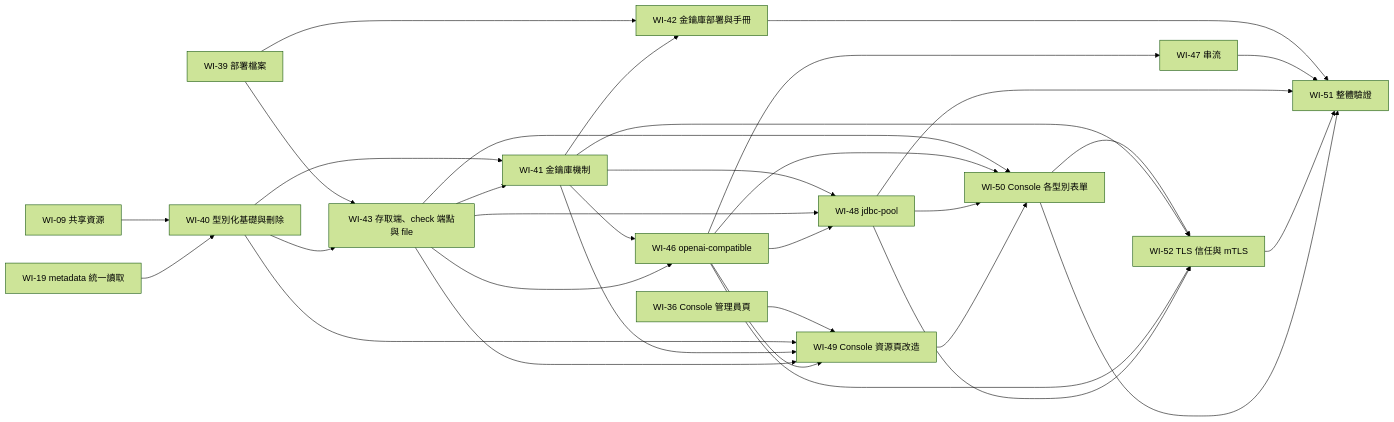
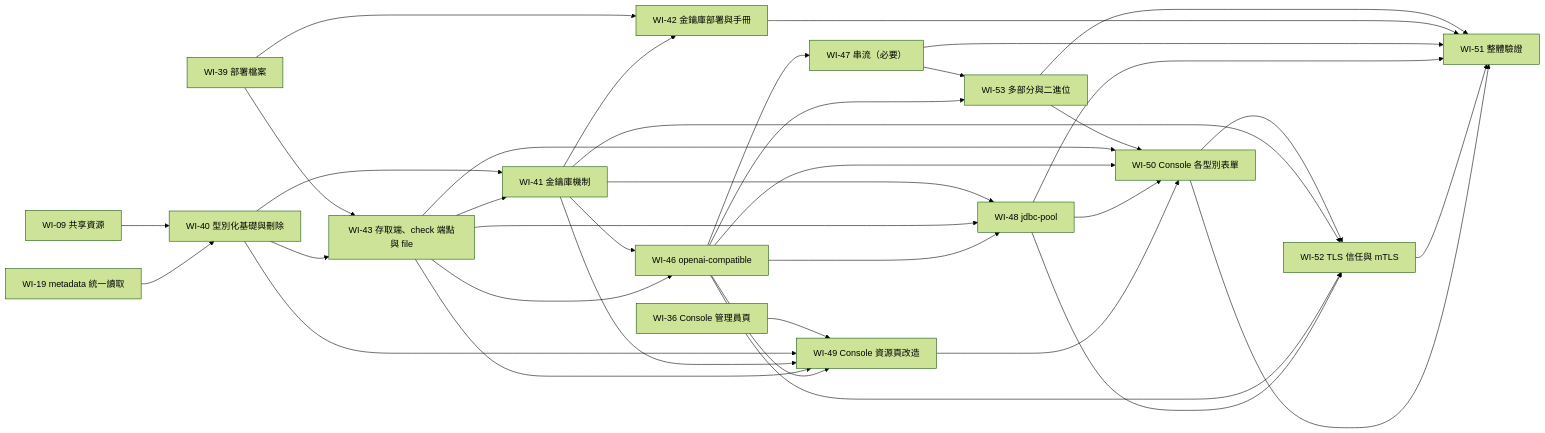
Before and after one commit to lanyitin/runline: the diagram in docs/stable/pipeline-engine/work-items/README.md, drawn with Mermaid (forest theme). The commit also changed other lines of this file and 8 other files, not shown here.

````diff
--- a/docs/stable/pipeline-engine/work-items/README.md
+++ b/docs/stable/pipeline-engine/work-items/README.md
@@ -71,35 +72,39 @@
 ```mermaid
 flowchart LR
   WI09[WI-09 共享資源] --> WI40[WI-40 型別化基礎與刪除]
   WI19[WI-19 metadata 統一讀取] --> WI40
   WI39[WI-39 部署檔案] --> WI43[WI-43 存取端、check 端點與 file]
   WI40 --> WI43
   WI40 --> WI41
   WI43 --> WI41[WI-41 金鑰庫機制]
   WI39 --> WI42[WI-42 金鑰庫部署與手冊]
   WI41 --> WI42
   WI41 --> WI46[WI-46 openai-compatible]
   WI43 --> WI46
-  WI46 --> WI47[WI-47 串流]
+  WI46 --> WI47[WI-47 串流（必要）]
+  WI47 --> WI53[WI-53 多部分與二進位]
+  WI46 --> WI53
+  WI53 --> WI50
+  WI53 --> WI51
   WI41 --> WI48[WI-48 jdbc-pool]
   WI43 --> WI48
   WI46 --> WI48
   WI36[WI-36 Console 管理員頁] --> WI49[WI-49 Console 資源頁改造]
   WI40 --> WI49
   WI41 --> WI49
   WI43 --> WI49
   WI46 --> WI49
   WI43 --> WI50[WI-50 Console 各型別表單]
   WI46 --> WI50
   WI48 --> WI50
   WI49 --> WI50
   WI42 --> WI51[WI-51 整體驗證]
   WI47 --> WI51
   WI48 --> WI51
   WI50 --> WI52[WI-52 TLS 信任與 mTLS]
   WI41 --> WI52
   WI46 --> WI52
   WI48 --> WI52
   WI52 --> WI51
   WI50 --> WI51
 ```
````
